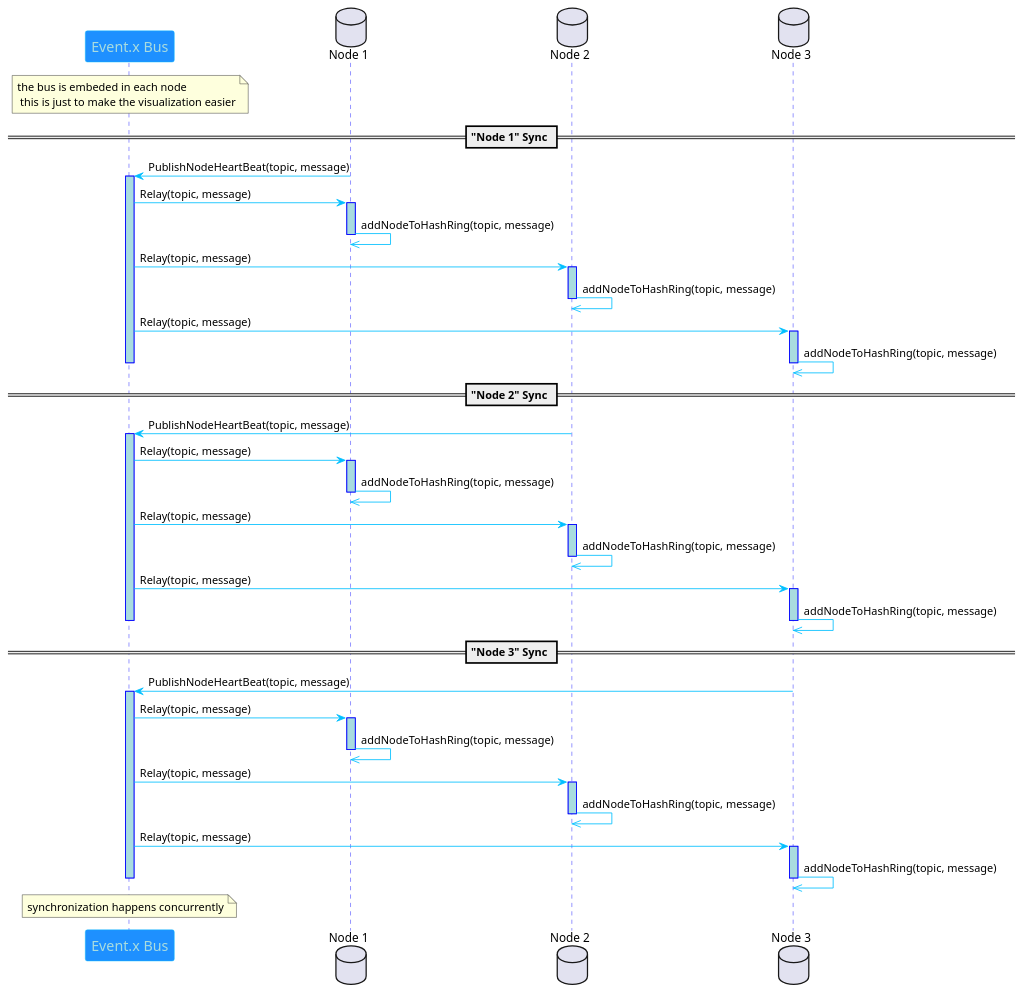
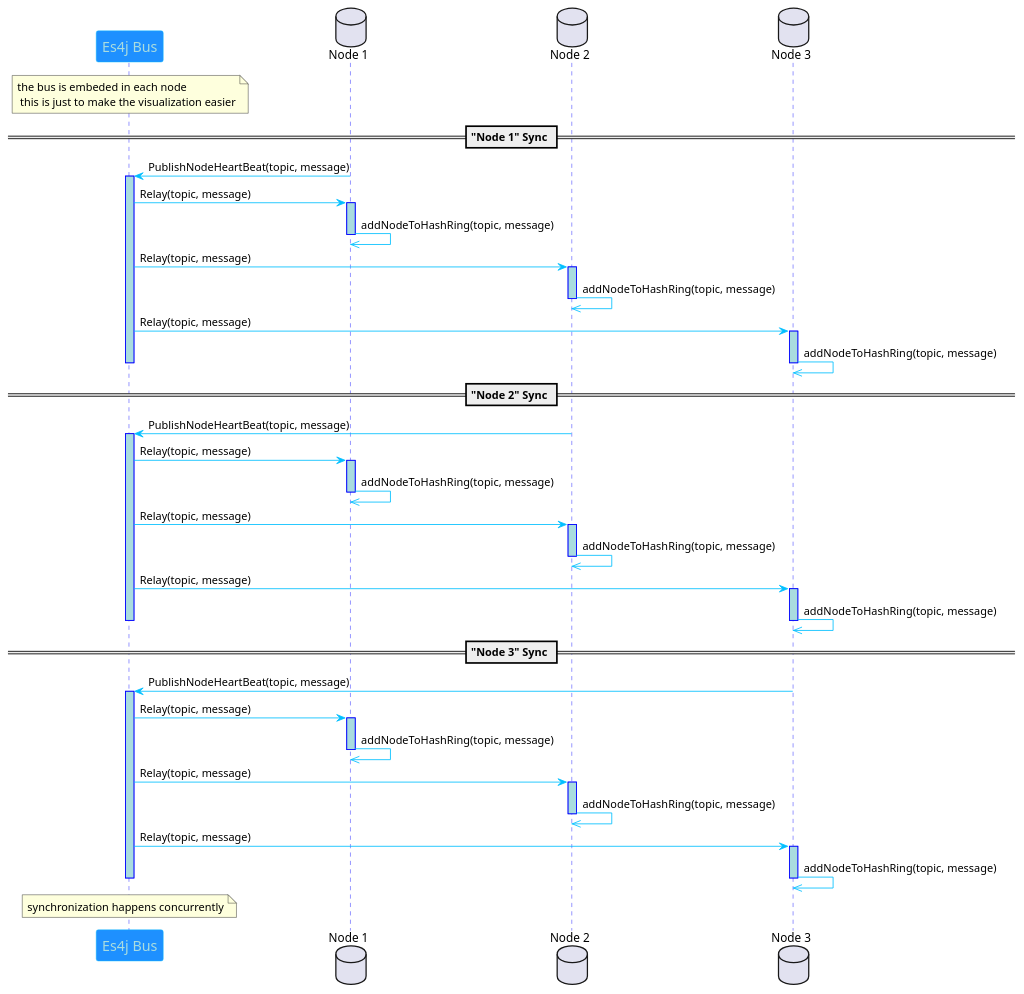
One commit to Reef3rm4n/es4j changed the diagram in diagrams/hash-ring-synchronization.puml. Above: the diagram before and after it, drawn with PlantUML. The commit also changed 2 other files, not shown here.

```diff
--- a/diagrams/hash-ring-synchronization.puml
+++ b/diagrams/hash-ring-synchronization.puml
@@ -1,91 +1,91 @@
 @startuml
 skinparam sequence {
     ArrowColor DeepSkyBlue
     ActorBorderColor DeepSkyBlue
     LifeLineBorderColor blue
     LifeLineBackgroundColor #A9DCDF
     ParticipantBorderColor DeepSkyBlue
     ParticipantBackgroundColor DodgerBlue
     ParticipantFontName Impact
     ParticipantFontSize 17
     ParticipantFontColor #A9DCDF
     ActorBackgroundColor aqua
     ActorFontColor DeepSkyBlue
     ActorFontSize 17
     ActorFontName Aapex
 }
 
-participant "Event.x Bus" as LB
+participant "Es4j Bus" as LB
 note over LB: the bus is embeded in each node \n this is just to make the visualization easier
 database "Node 1" as N1
 database "Node 2" as N2
 database "Node 3" as N3
 == "Node 1" Sync ==
 
 N1 -> LB : PublishNodeHeartBeat(topic, message)
 activate LB
 LB -> N1 : Relay(topic, message)
 activate N1
 N1 ->> N1 : addNodeToHashRing(topic, message)
 deactivate N1
 
 LB -> N2 : Relay(topic, message)
 activate N2
 N2 ->> N2 : addNodeToHashRing(topic, message)
 deactivate N2
 
 LB -> N3 : Relay(topic, message)
 activate N3
 N3 ->> N3 : addNodeToHashRing(topic, message)
 deactivate N3
 
 deactivate LB
 
 == "Node 2" Sync ==
 
 N2 -> LB : PublishNodeHeartBeat(topic, message)
 activate LB
 
 LB -> N1 : Relay(topic, message)
 activate N1
 N1 ->> N1 : addNodeToHashRing(topic, message)
 deactivate N1
 
 LB -> N2 : Relay(topic, message)
 activate N2
 N2 ->> N2 : addNodeToHashRing(topic, message)
 deactivate N2
 
 LB -> N3 : Relay(topic, message)
 activate N3
 N3 ->> N3 : addNodeToHashRing(topic, message)
 deactivate N3
 
 deactivate LB
 
 
 == "Node 3" Sync ==
 
 N3 -> LB : PublishNodeHeartBeat(topic, message)
 activate LB
 
 LB -> N1 : Relay(topic, message)
 activate N1
 N1 ->> N1 : addNodeToHashRing(topic, message)
 deactivate N1
 
 LB -> N2 : Relay(topic, message)
 activate N2
 N2 ->> N2 : addNodeToHashRing(topic, message)
 deactivate N2
 
 LB -> N3 : Relay(topic, message)
 activate N3
 N3 ->> N3 : addNodeToHashRing(topic, message)
 deactivate N3
 
 deactivate LB
 
 note over LB: synchronization happens concurrently
 
 @enduml
```
